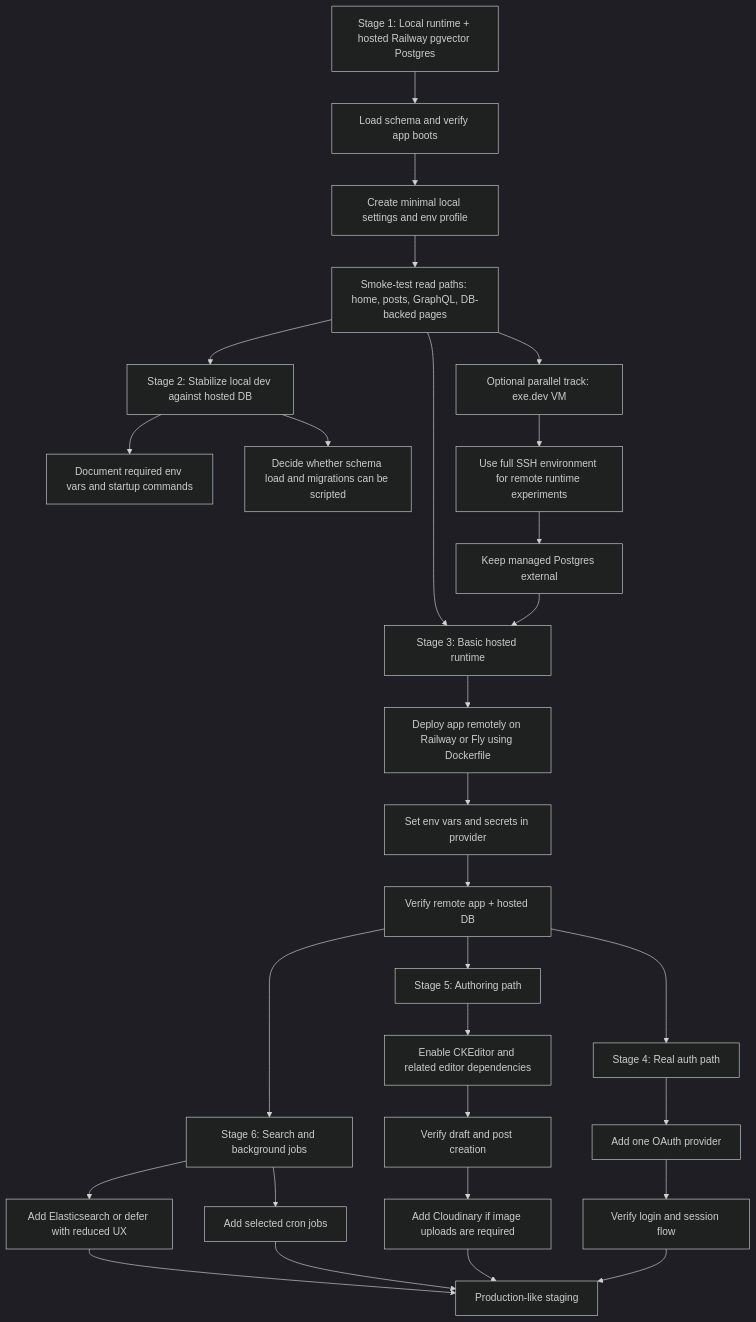
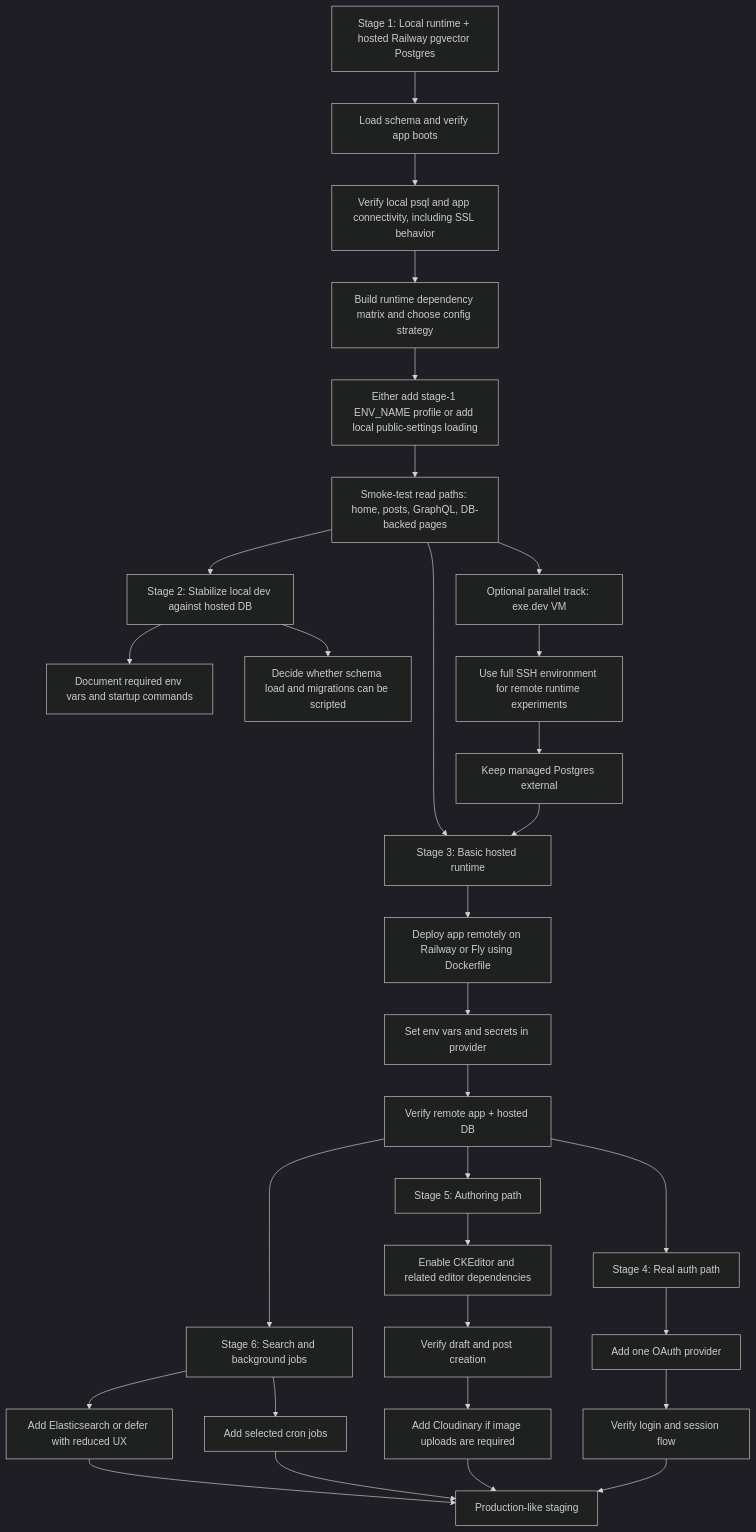
One commit to life-itself/ForumMagnum changed the diagram in docs/plans/2026-04-24-deployment-environment-design.md. Above: the diagram before and after it, drawn with Mermaid (dark theme). The commit also changed other lines of this file and 1 other file, not shown here.

````diff
--- a/docs/plans/2026-04-24-deployment-environment-design.md
+++ b/docs/plans/2026-04-24-deployment-environment-design.md
@@ -199,37 +223,39 @@
 ```mermaid
 flowchart TD
     A[Stage 1: Local runtime + hosted Railway pgvector Postgres] --> B[Load schema and verify app boots]
-    B --> C[Create minimal local settings and env profile]
-    C --> D[Smoke-test read paths: home, posts, GraphQL, DB-backed pages]
+    B --> B1[Verify local psql and app connectivity, including SSL behavior]
+    B1 --> C[Build runtime dependency matrix and choose config strategy]
+    C --> C1[Either add stage-1 ENV_NAME profile or add local public-settings loading]
+    C1 --> D[Smoke-test read paths: home, posts, GraphQL, DB-backed pages]
 
     D --> E[Stage 2: Stabilize local dev against hosted DB]
     E --> F[Document required env vars and startup commands]
     E --> G[Decide whether schema load and migrations can be scripted]
 
     D --> H[Stage 3: Basic hosted runtime]
     H --> I[Deploy app remotely on Railway or Fly using Dockerfile]
     I --> J[Set env vars and secrets in provider]
     J --> K[Verify remote app + hosted DB]
 
     K --> L[Stage 4: Real auth path]
     L --> M[Add one OAuth provider]
     M --> N[Verify login and session flow]
 
     K --> O[Stage 5: Authoring path]
     O --> P[Enable CKEditor and related editor dependencies]
     P --> Q[Verify draft and post creation]
     Q --> R[Add Cloudinary if image uploads are required]
 
     K --> S[Stage 6: Search and background jobs]
     S --> T[Add Elasticsearch or defer with reduced UX]
     S --> U[Add selected cron jobs]
     T --> V[Production-like staging]
     U --> V
     R --> V
     N --> V
 
     D --> W[Optional parallel track: exe.dev VM]
     W --> X[Use full SSH environment for remote runtime experiments]
     X --> Y[Keep managed Postgres external]
     Y --> H
 ```
````
